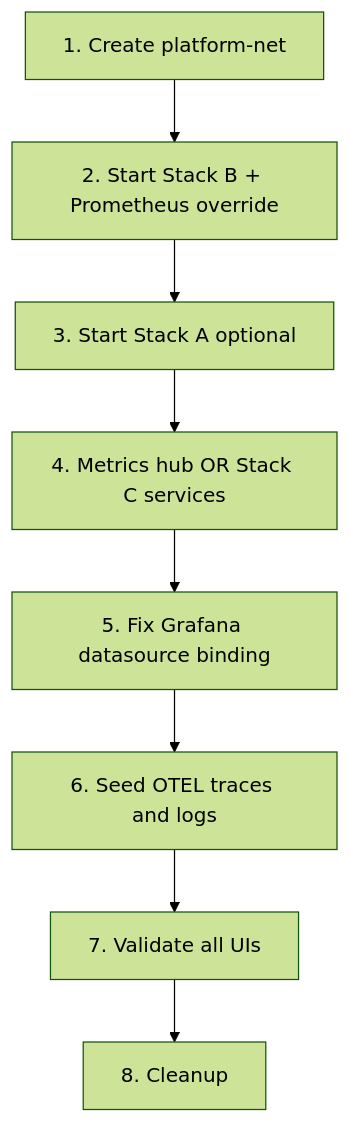
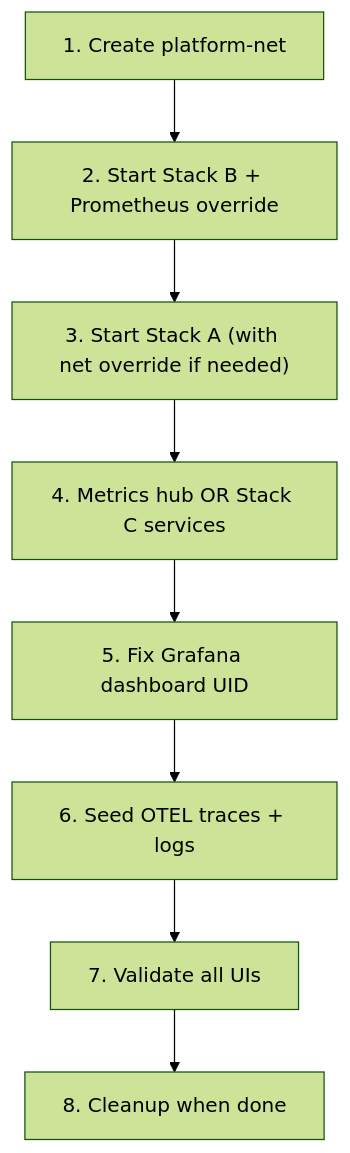
The fifth of 5 diagrams in README.md (sanjeev0120test/observable-mlops-platform), drawn with Mermaid (forest theme) before and after one commit. The commit also changed other lines of this file, not shown here.

First line of the commit message:
docs: comprehensive README with all 51 screenshots, architecture diagrams, and full tech detail

````diff
--- a/README.md
+++ b/README.md
@@ -489,10 +739,10 @@
 ```mermaid
 flowchart TD
-    A[1. Create platform-net] --> B[2. Start Stack B + Prometheus override]
-    B --> C[3. Start Stack A optional]
-    C --> D[4. Metrics hub OR Stack C services]
-    D --> E[5. Fix Grafana datasource binding]
-    E --> F[6. Seed OTEL traces and logs]
-    F --> G[7. Validate all UIs]
-    G --> H[8. Cleanup]
+    A["1. Create platform-net"] --> B["2. Start Stack B + Prometheus override"]
+    B --> C["3. Start Stack A (with net override if needed)"]
+    C --> D["4. Metrics hub OR Stack C services"]
+    D --> E["5. Fix Grafana dashboard UID"]
+    E --> F["6. Seed OTEL traces + logs"]
+    F --> G["7. Validate all UIs"]
+    G --> H["8. Cleanup when done"]
 ```
````
